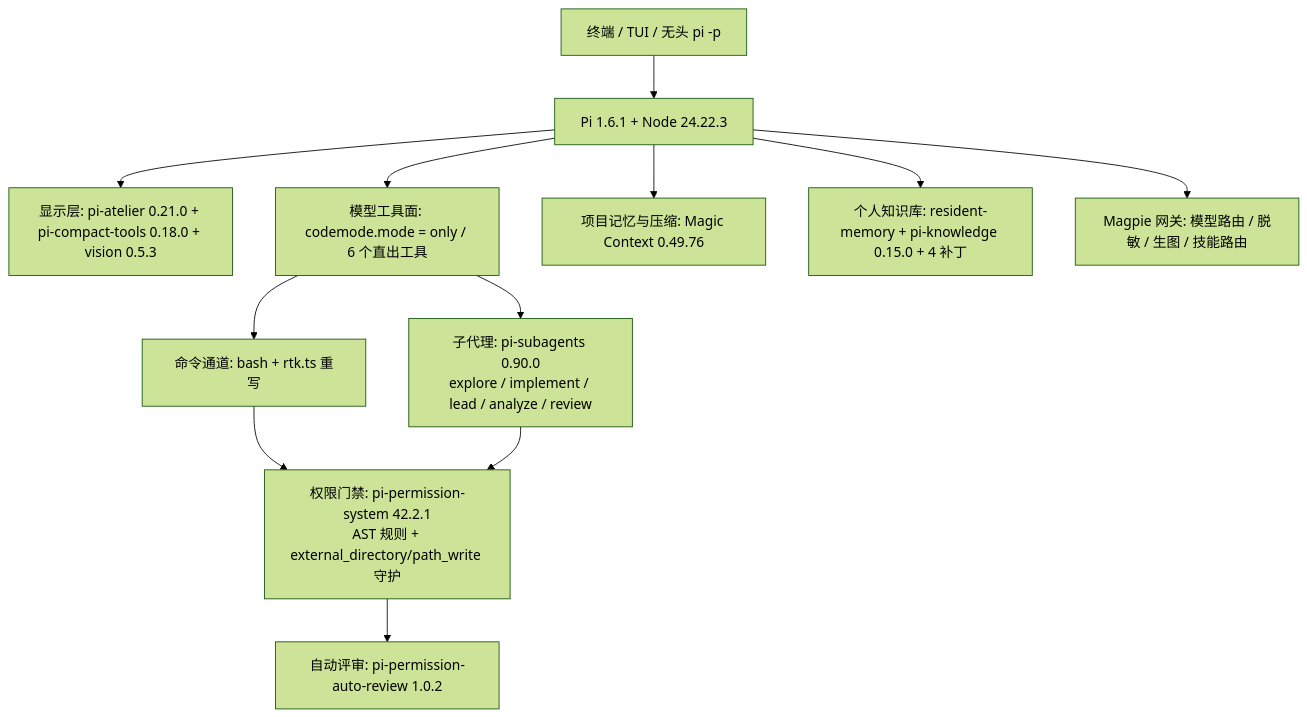
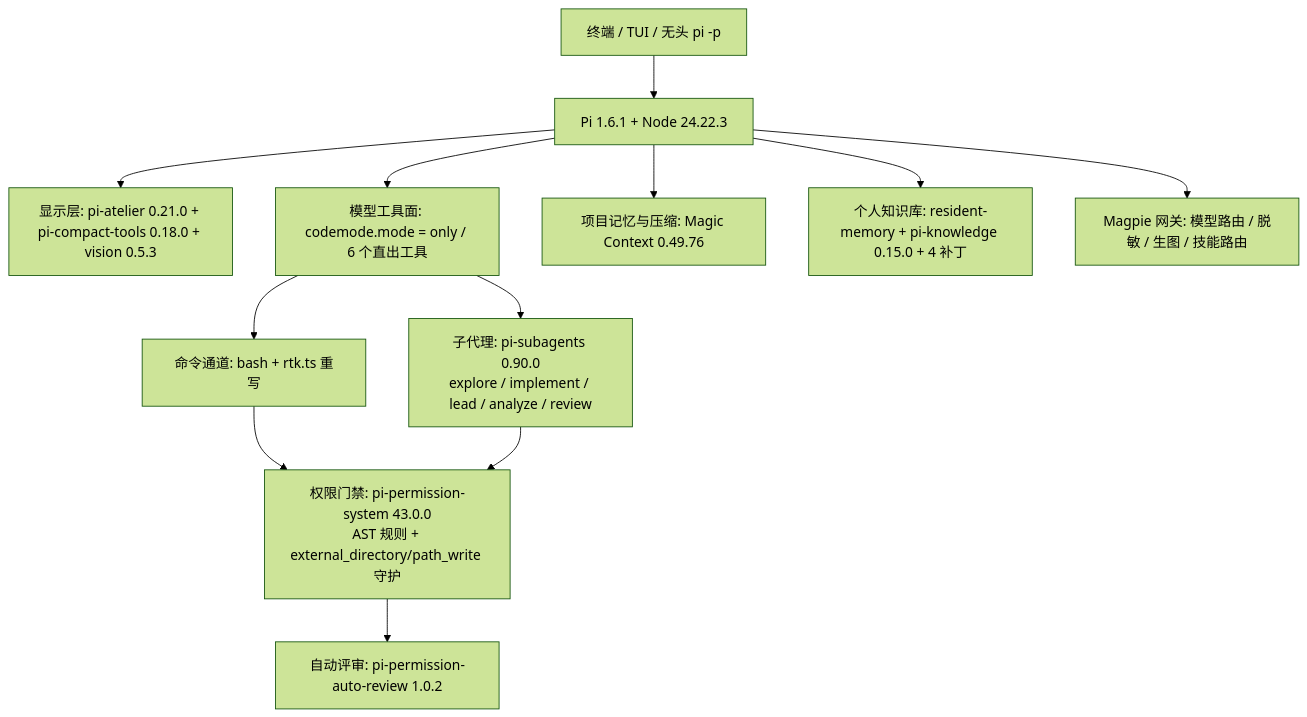
The diagram in README.zh-CN.md (AkiR1n/akis-pi), drawn with Mermaid (forest theme) before and after one commit. The commit also changed 7 other files, not shown here.

Commit message:
chore: bump pi-permission-system to 43.0.0

````diff
--- a/README.zh-CN.md
+++ b/README.zh-CN.md
@@ -17,13 +17,13 @@
 ```mermaid
 flowchart TD
     U[终端 / TUI / 无头 pi -p] --> PI[Pi 1.6.1 + Node 24.22.3]
     PI --> UI[显示层: pi-atelier 0.21.0 + pi-compact-tools 0.18.0 + vision 0.5.3]
     PI --> CM[模型工具面: codemode.mode = only / 6 个直出工具]
     CM --> SUB[子代理: pi-subagents 0.90.0<br/>explore / implement / lead / analyze / review]
     CM --> SHELL[命令通道: bash + rtk.ts 重写]
-    SHELL & SUB --> PERM[权限门禁: pi-permission-system 42.2.1<br/>AST 规则 + external_directory/path_write 守护]
+    SHELL & SUB --> PERM[权限门禁: pi-permission-system 43.0.0<br/>AST 规则 + external_directory/path_write 守护]
     PERM --> REV[自动评审: pi-permission-auto-review 1.0.2]
     PI --> MEM1[项目记忆与压缩: Magic Context 0.49.76]
     PI --> MEM2[个人知识库: resident-memory + pi-knowledge 0.15.0 + 4 补丁]
     PI --> MG[Magpie 网关: 模型路由 / 脱敏 / 生图 / 技能路由]
 ```
````
